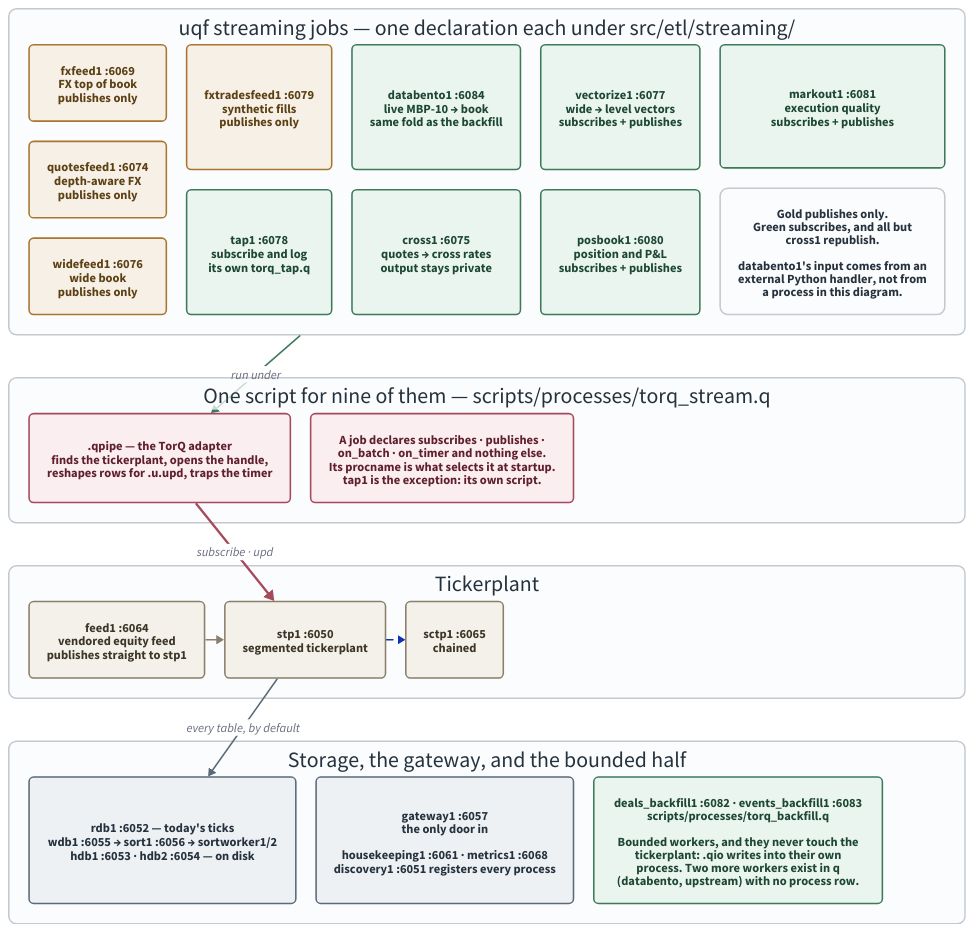
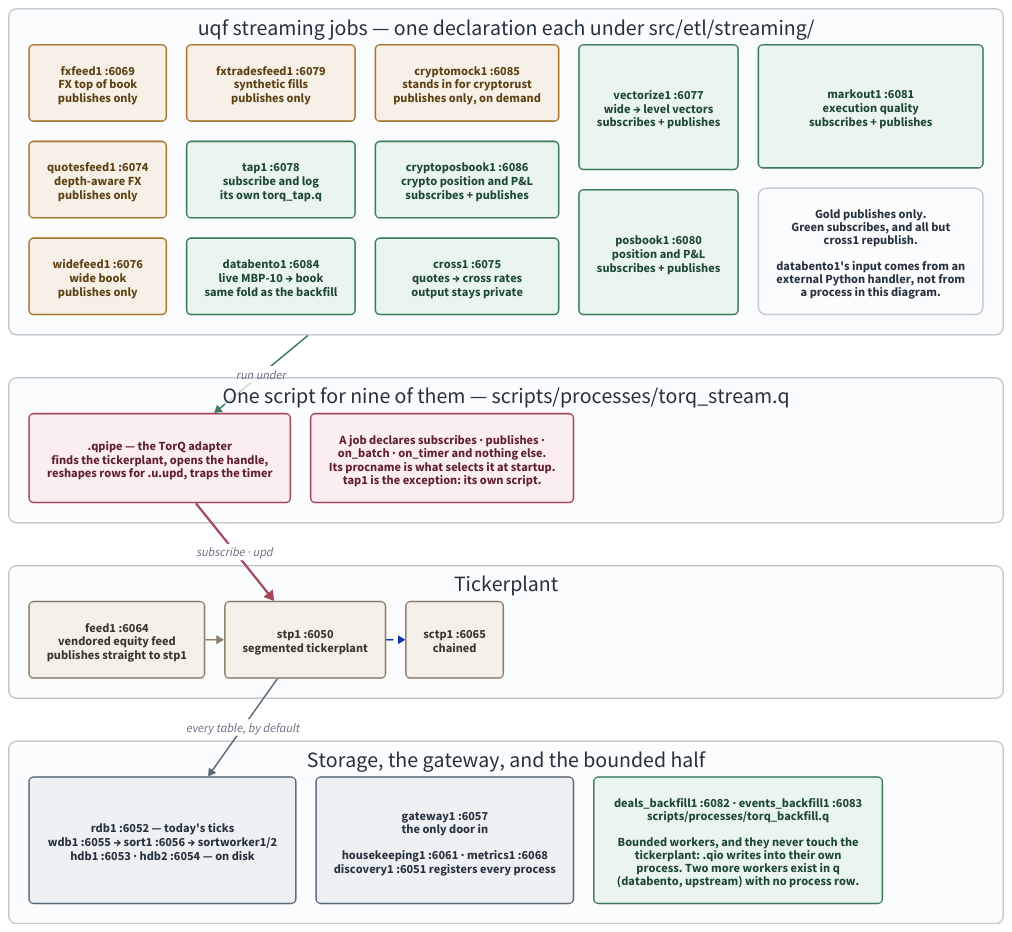
Before and after one commit to kwojdalski/uqf: the diagram in docs/diagrams/stack-topology.d2, drawn with D2. The commit also changed 22 other files, not shown here.

```diff
--- a/docs/diagrams/stack-topology.d2
+++ b/docs/diagrams/stack-topology.d2
@@ -1,155 +1,157 @@
 # stack-topology.d2 - who connects to whom over IPC in the running stack.
 #
 # Rendered by scripts/generate/render_diagrams.py, which CI runs with
 # --check. Embedded from docs/integrations/torq/README.md.
 #
 # Ports are the defaults at base 6050; every one is {KDBBASEPORT}+offset, so
 # a different base shifts them all together. The authority for the offsets
 # is docs/integrations/torq/processes.md, which is GENERATED from the
 # pipeline registry - if this diagram and that table disagree, the table is
 # right.
 #
 # WHAT THIS SHOWS THAT THE MERMAID VERSION DID NOT (#245).
 #
 # Eight of the eleven uqf processes run the SAME script. Since #204 a
 # streaming job is a declaration under src/etl/streaming/ and
 # processes/torq_stream.q is the one runner; which job a process runs is
 # decided by its procname at startup. The old diagram drew a script per
 # process, which is what the stack looked like before .qstream and is the
 # single most misleading thing about it.
 #
 # The two connection patterns are still real and still different - publish
 # only, versus an access-listed subscribe - but a job performs neither
 # itself now. .qpipe does both on its behalf, which is why the adapter is
 # drawn between the processes and the tickerplant rather than left out.
 #
 # Backfills are on here too, and were not before. They are the other half
 # of the ETL tree and they reach the tickerplant NOT AT ALL: a bounded
 # worker writes through .qio into its own process, so its rows never
 # traverse stp1. Drawing them beside the streaming jobs is the point - the
 # two halves look alike in the code and take completely different paths to
 # storage.
 
 direction: down
 
 grid-rows: 4
 grid-gap: 55
 
 vars: {
   d2-config: {
     pad: 40
   }
 }
 
 # Same palette as repo-overview.d2, so the set reads as one system: light
 # fills with dark text in both themes rather than a --dark-theme pairing,
 # which d2 still applies explicit styles over (d2lang/d2#831).
 classes: {
   feed: {
     style: {
       fill: "#f6f0e6"
       stroke: "#a8762f"
       font-color: "#5c3f13"
       border-radius: 6
     }
   }
   job: {
     style: {
       fill: "#eaf5ef"
       stroke: "#3d7a5a"
       font-color: "#1d4733"
       border-radius: 6
     }
   }
   adapter: {
     style: {
       fill: "#fbeef0"
       stroke: "#a54a5c"
       font-color: "#5f1f2c"
       border-radius: 6
     }
   }
   store: {
     style: {
       fill: "#eef1f4"
       stroke: "#5a6a78"
       font-color: "#25323d"
       border-radius: 6
     }
   }
   vendored: {
     style: {
       fill: "#f4f1ea"
       stroke: "#8a7f6a"
       font-color: "#3d3527"
       border-radius: 6
     }
   }
   band: {
     style: {
       fill: "#fbfcfd"
       stroke: "#c3c9cf"
       font-color: "#25323d"
       stroke-width: 2
       border-radius: 10
     }
   }
 }
 
 jobs: "uqf streaming jobs — one declaration each under src/etl/streaming/" {
   class: band
   grid-columns: 5
   grid-gap: 26
 
   fxfeed1: "fxfeed1 :6069\nFX top of book\npublishes only" { class: feed }
   quotesfeed1: "quotesfeed1 :6074\ndepth-aware FX\npublishes only" { class: feed }
   widefeed1: "widefeed1 :6076\nwide book\npublishes only" { class: feed }
   fxtradesfeed1: "fxtradesfeed1 :6079\nsynthetic fills\npublishes only" { class: feed }
   tap1: "tap1 :6078\nsubscribe and log\nits own torq_tap.q" { class: job }
 
   databento1: "databento1 :6084\nlive MBP-10 → book\nsame fold as the backfill" { class: job }
+  cryptomock1: "cryptomock1 :6085\nstands in for cryptorust\npublishes only, on demand" { class: feed }
+  cryptoposbook1: "cryptoposbook1 :6086\ncrypto position and P&L\nsubscribes + publishes" { class: job }
   cross1: "cross1 :6075\nquotes → cross rates\noutput stays private" { class: job }
   vectorize1: "vectorize1 :6077\nwide → level vectors\nsubscribes + publishes" { class: job }
   posbook1: "posbook1 :6080\nposition and P&L\nsubscribes + publishes" { class: job }
   markout1: "markout1 :6081\nexecution quality\nsubscribes + publishes" { class: job }
   legend: "Gold publishes only.\nGreen subscribes, and all but\ncross1 republish.\n\ndatabento1's input comes from an\nexternal Python handler, not from\na process in this diagram." { class: band }
 }
 
 runner: "One script for nine of them — scripts/processes/torq_stream.q" {
   class: band
   grid-columns: 2
   grid-gap: 26
 
   qpipe: ".qpipe — the TorQ adapter\nfinds the tickerplant, opens the handle,\nreshapes rows for .u.upd, traps the timer" { class: adapter }
   note: "A job declares subscribes · publishes ·\non_batch · on_timer and nothing else.\nIts procname is what selects it at startup.\ntap1 is the exception: its own script." { class: adapter }
 }
 
 tp: "Tickerplant" {
   class: band
   grid-columns: 3
   grid-gap: 26
 
   feed1: "feed1 :6064\nvendored equity feed\npublishes straight to stp1" { class: vendored }
   stp: "stp1 :6050\nsegmented tickerplant" { class: vendored }
   sctp: "sctp1 :6065\nchained" { class: vendored }
 
   feed1 -> stp { style.stroke: "#8a7f6a" }
   stp -> sctp { style.stroke-dash: 4 }
 }
 
 downstream: "Storage, the gateway, and the bounded half" {
   class: band
   grid-columns: 3
   grid-gap: 26
 
   storage: "rdb1 :6052 — today's ticks\nwdb1 :6055 → sort1 :6056 → sortworker1/2\nhdb1 :6053 · hdb2 :6054 — on disk" { class: store }
   gw: "gateway1 :6057\nthe only door in\n\nhousekeeping1 :6061 · metrics1 :6068\ndiscovery1 :6051 registers every process" { class: store }
   backfills: "deals_backfill1 :6082 · events_backfill1 :6083\nscripts/processes/torq_backfill.q\n\nBounded workers, and they never touch the\ntickerplant: .qio writes into their own\nprocess. Two more workers exist in q\n(databento, upstream) with no process row." { class: job }
 }
 
 jobs -> runner.qpipe: "run under" { style.stroke: "#3d7a5a" }
 runner.qpipe -> tp.stp: "subscribe · upd" {
   style.stroke: "#a54a5c"
   style.stroke-width: 3
 }
 tp.stp -> downstream.storage: "every table, by default" { style.stroke: "#5a6a78" }
```
